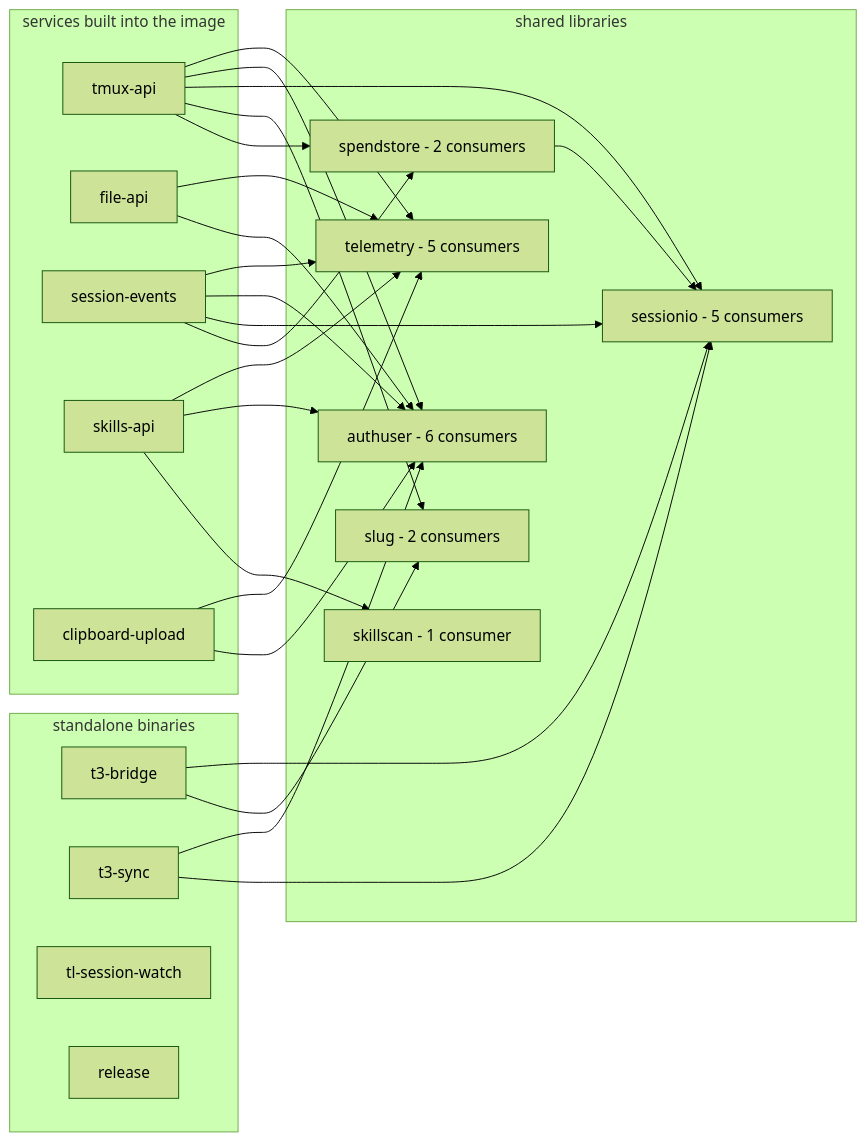
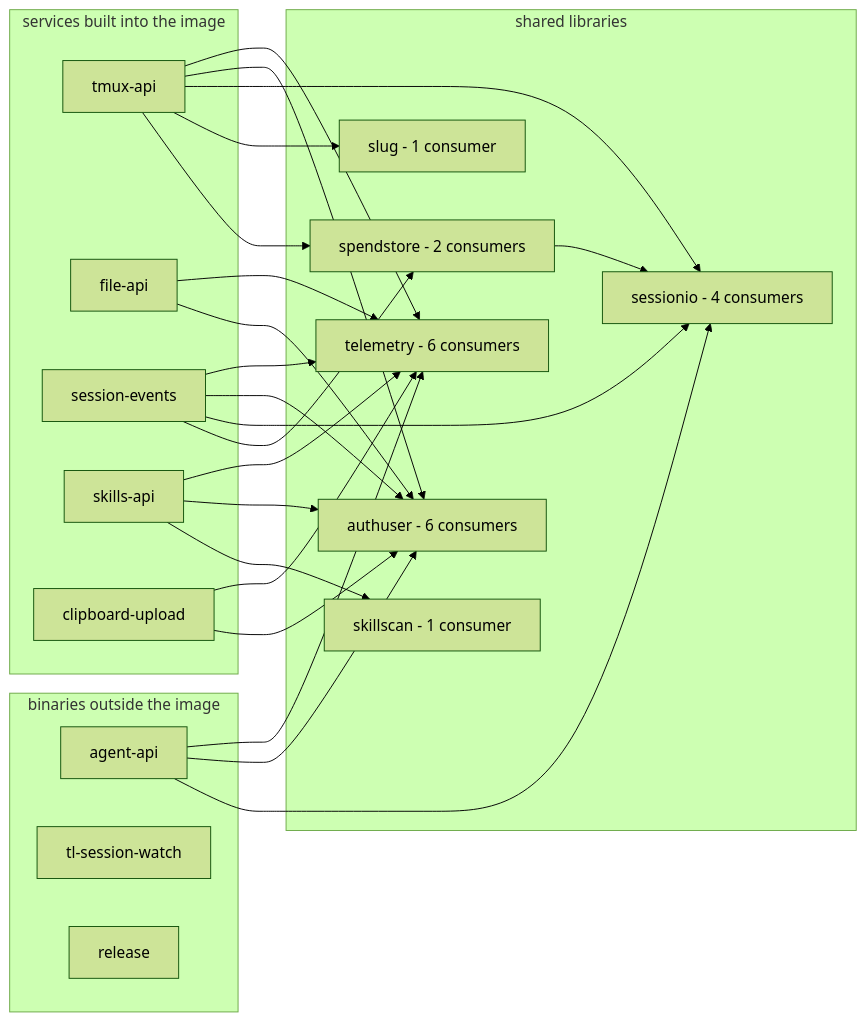
Before and after one commit to ViktorBarzin/terminal-lobby: the diagram in docs/architecture.md, drawn with Mermaid (forest theme). The commit also changed other lines of this file and 130 other files, not shown here.

````diff
--- a/docs/architecture.md
+++ b/docs/architecture.md
@@ -34,46 +36,44 @@
 ```mermaid
 flowchart LR
   subgraph libs["shared libraries"]
-    telemetry["telemetry - 5 consumers"]
+    telemetry["telemetry - 6 consumers"]
     authuser["authuser - 6 consumers"]
-    sessionio["sessionio - 5 consumers"]
-    slug["slug - 2 consumers"]
+    sessionio["sessionio - 4 consumers"]
+    slug["slug - 1 consumer"]
     skillscan["skillscan - 1 consumer"]
     spendstore["spendstore - 2 consumers"]
   end
   subgraph shipped["services built into the image"]
     tmuxapi["tmux-api"]
     fileapi["file-api"]
     sessionevents["session-events"]
     skillsapi["skills-api"]
     clipboard["clipboard-upload"]
   end
-  subgraph standalone["standalone binaries"]
-    t3bridge["t3-bridge"]
-    t3sync["t3-sync"]
+  subgraph standalone["binaries outside the image"]
+    agentapi["agent-api"]
     watch["tl-session-watch"]
     release["release"]
   end
 
   tmuxapi --> telemetry
   tmuxapi --> authuser
   tmuxapi --> sessionio
   tmuxapi --> slug
   tmuxapi --> spendstore
   fileapi --> telemetry
   fileapi --> authuser
   sessionevents --> telemetry
   sessionevents --> authuser
   sessionevents --> sessionio
   sessionevents --> spendstore
   spendstore --> sessionio
   skillsapi --> telemetry
   skillsapi --> authuser
   skillsapi --> skillscan
   clipboard --> telemetry
   clipboard --> authuser
-  t3bridge --> sessionio
-  t3bridge --> slug
-  t3sync --> authuser
-  t3sync --> sessionio
+  agentapi --> telemetry
+  agentapi --> authuser
+  agentapi --> sessionio
 ```
````
